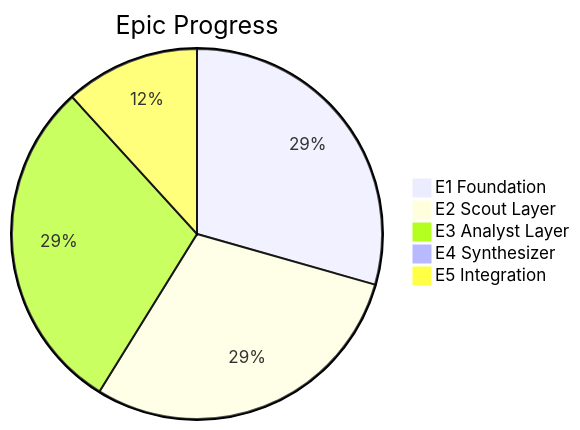
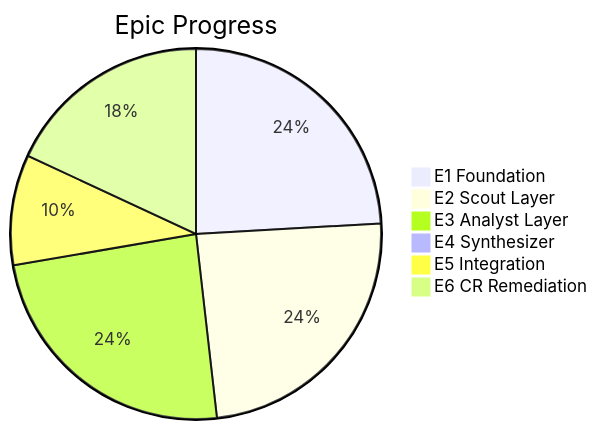
One commit to Hams-Ollo/open-sousveillance-studio changed the first of 3 diagrams in docs/PROJECT_MANAGEMENT.md. Above: the diagram before and after it, drawn with Mermaid. The commit also changed other lines of this file and 43 other files, not shown here.

````diff
--- a/docs/PROJECT_MANAGEMENT.md
+++ b/docs/PROJECT_MANAGEMENT.md
@@ -52,8 +53,9 @@
 ```mermaid
 pie title Epic Progress
     "E1 Foundation" : 100
     "E2 Scout Layer" : 100
     "E3 Analyst Layer" : 100
     "E4 Synthesizer" : 0
     "E5 Integration" : 40
+    "E6 CR Remediation" : 75
 ```
````
